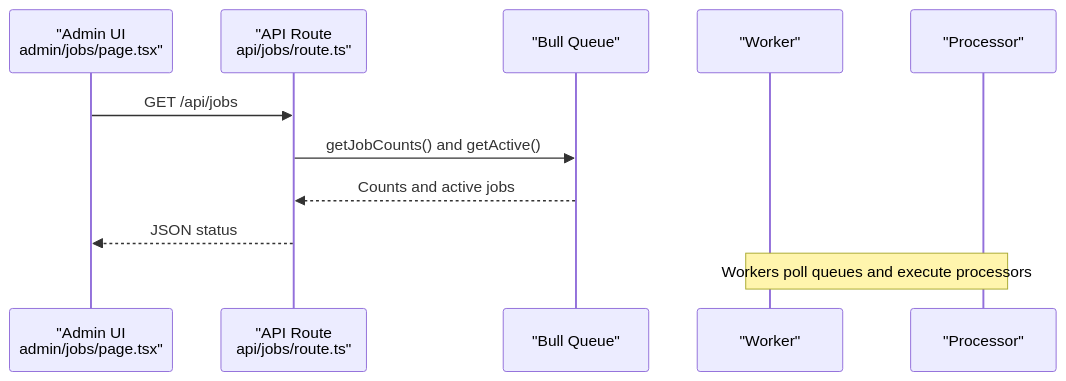
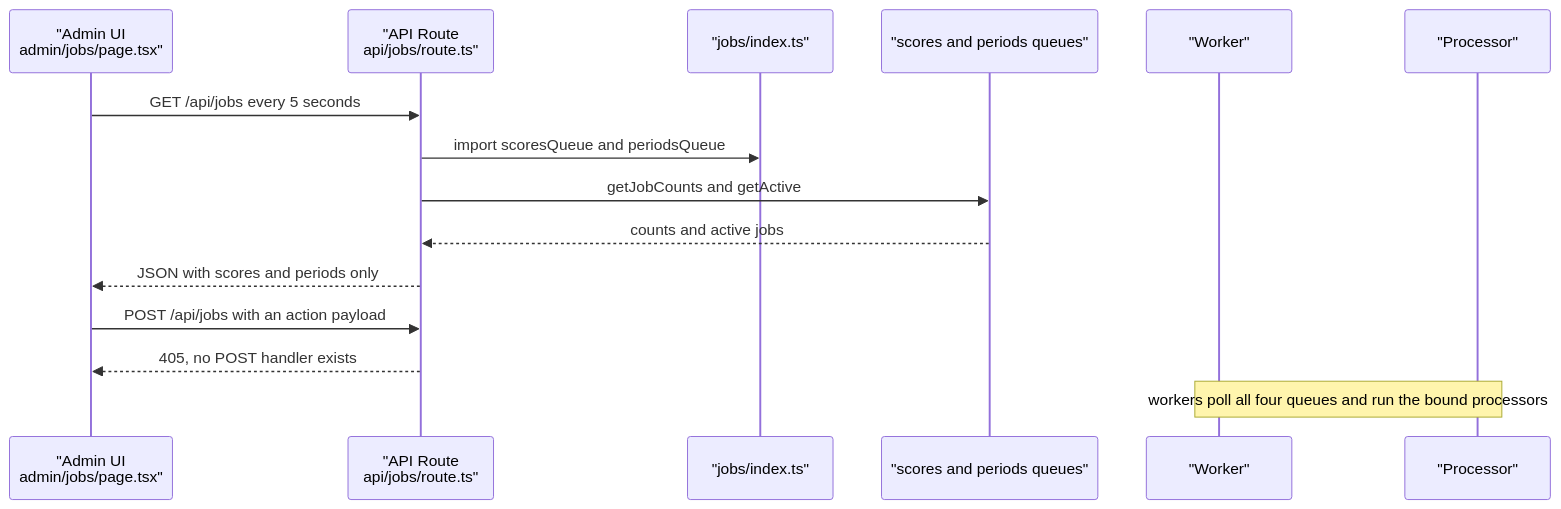
The seventh of 9 diagrams in .qoder/repowiki/en/content/Background Job System.md (Dezzpil/meingym), drawn with Mermaid before and after one commit. The commit also changed other lines of this file and 12 other files, not shown here.

````diff
--- a/.qoder/repowiki/en/content/Background Job System.md
+++ b/.qoder/repowiki/en/content/Background Job System.md
@@ -303,13 +401,17 @@
 ```mermaid
 sequenceDiagram
 participant AdminUI as "Admin UI<br/>admin/jobs/page.tsx"
 participant API as "API Route<br/>api/jobs/route.ts"
-participant Queue as "Bull Queue"
+participant Index as "jobs/index.ts"
+participant Queue as "scores and periods queues"
 participant Worker as "Worker"
 participant Processor as "Processor"
-AdminUI->>API : GET /api/jobs
-API->>Queue : getJobCounts() and getActive()
-Queue-->>API : Counts and active jobs
-API-->>AdminUI : JSON status
-Note over Worker,Processor : Workers poll queues and execute processors
+AdminUI->>API : GET /api/jobs every 5 seconds
+API->>Index : import scoresQueue and periodsQueue
+API->>Queue : getJobCounts and getActive
+Queue-->>API : counts and active jobs
+API-->>AdminUI : JSON with scores and periods only
+AdminUI->>API : POST /api/jobs with an action payload
+API-->>AdminUI : 405, no POST handler exists
+Note over Worker,Processor : workers poll all four queues and run the bound processors
 ```
````
